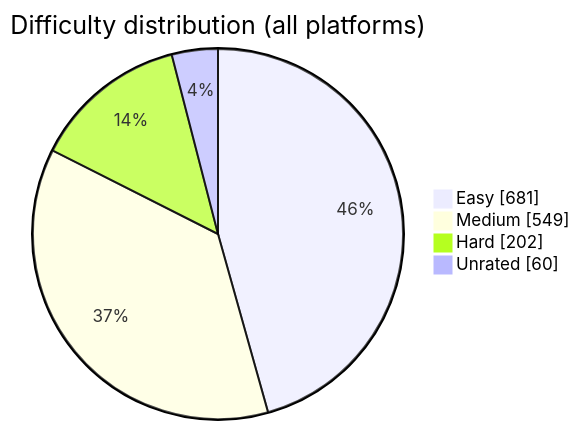
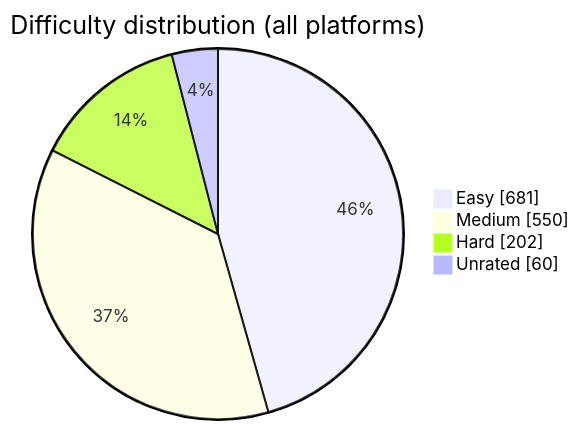
Before and after one commit to BuildbyArindam/Daily-Coding-Log: the diagram in README.md, drawn with Mermaid. The commit also changed other lines of this file, not shown here.

````diff
--- a/README.md
+++ b/README.md
@@ -93,7 +93,7 @@
 ```mermaid
 pie showData title Difficulty distribution (all platforms)
     "Easy" : 681
-    "Medium" : 549
+    "Medium" : 550
     "Hard" : 202
     "Unrated" : 60
 ```
````
